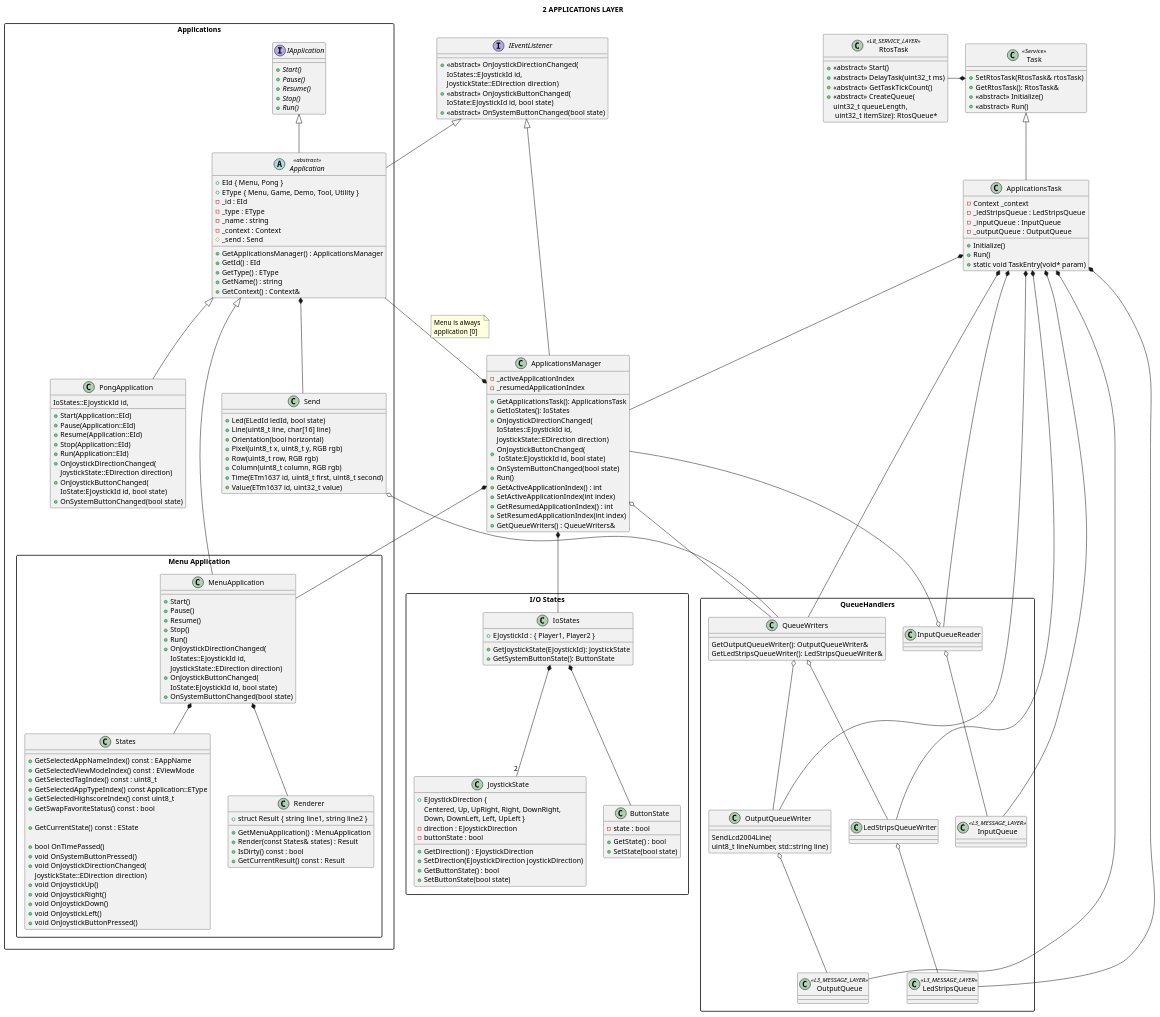
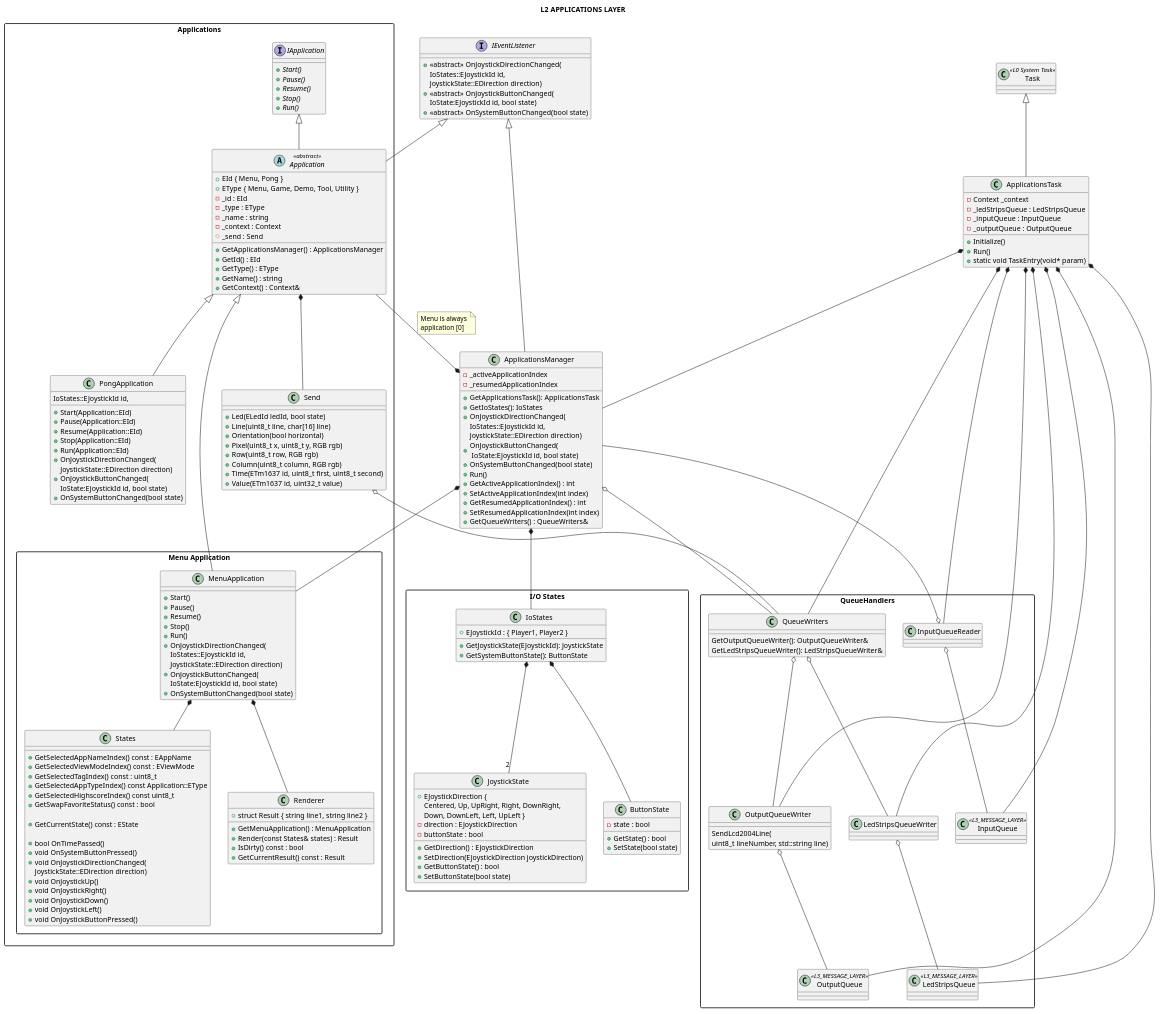
Before and after one commit to michelkeijzers/fraxis: the diagram in Docs/Software Design/Layers/L2_applications_layer.puml, drawn with PlantUML. The commit also changed 122 other files, not shown here.

Commit message:
Introduced L0 System Layer

```diff
--- a/Docs/Software Design/Layers/L2_applications_layer.puml
+++ b/Docs/Software Design/Layers/L2_applications_layer.puml
@@ -1,11 +1,11 @@
 @startuml
 
-title 2 APPLICATIONS LAYER
+title L2 APPLICATIONS LAYER
 
 skinparam packageStyle rectangle
 skinparam lineThickness 2
 
-class ApplicationsTask  
+class ApplicationsTask 
 {
     - Context _context
     + Initialize()
@@ -16,24 +16,9 @@
     - _outputQueue : OutputQueue
 }
 
-class RtosTask <<L8_SERVICE_LAYER>>
-{
-    + <<abstract>> Start()
-    + <<abstract>> DelayTask(uint32_t ms)
-    + <<abstract>> GetTaskTickCount()
-    + <<abstract>> CreateQueue(
-        uint32_t queueLength, \n uint32_t itemSize): RtosQueue*
+class Task <<L0 System Task>>
+{   
 }
-
-class Task <<Service>>
-{   
-    + SetRtosTask(RtosTask& rtosTask)
-    + GetRtosTask(): RtosTask& 
-    + <<abstract>> Initialize()
-    + <<abstract>> Run()
-}
-
-Task *-l-- RtosTask
 
 ApplicationsTask -u-|> Task
 
```
